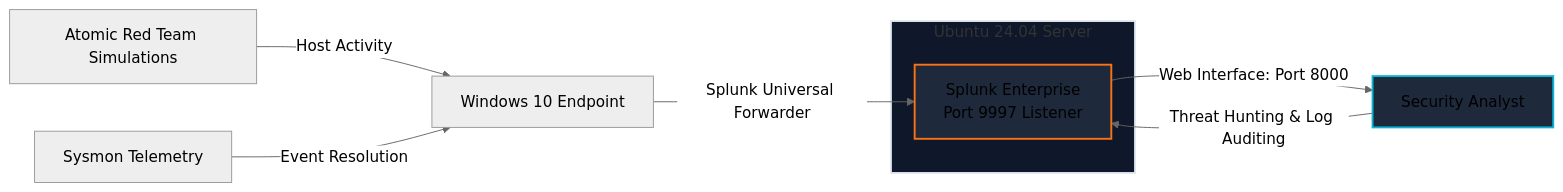
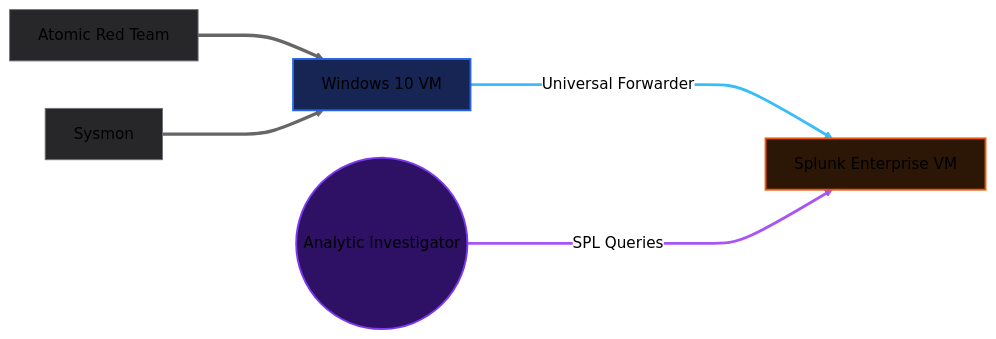
One commit to a-ishak-sec/SOC-In-A-Box-Lab changed the diagram in README.md. Above: the diagram before and after it, drawn with Mermaid (neutral theme).

````diff
--- a/README.md
+++ b/README.md
@@ -6,21 +6,19 @@
 ```mermaid
 graph LR
-    %% Left Side - Endpoint Data Input
-    A[Atomic Red Team Simulations] -->|Host Activity| B[Windows 10 Endpoint]
-    C[Sysmon Telemetry] -->|Event Resolution| B
-    B -->|Splunk Universal Forwarder| CentralSIEM
+    %% Nodes
+    A[Atomic Red Team] ===> B[Windows 10 VM]
+    C[Sysmon] ===> B
+    B ---->|Universal Forwarder| D[Splunk Enterprise VM]
+    E((Analytic Investigator)) ====>|SPL Queries| D
 
-    %% Center Hub - The SIEM Server
-    subgraph Server [Ubuntu 24.04 Server]
-        CentralSIEM[Splunk Enterprise<br>Port 9997 Listener]
-    end
+    %% Connections
+    linkStyle 2 stroke:#38bdf8,stroke-width:3px;
+    linkStyle 3 stroke:#a855f7,stroke-width:3px;
 
-    %% Right Side - User Output
-    CentralSIEM -->|Web Interface: Port 8000| Analyst[Security Analyst]
-    Analyst -->|Threat Hunting & Log Auditing| CentralSIEM
-
-    %% Visual Styling
-    style Server fill:#0f172a,stroke:#e2e8f0,stroke-width:2px
-    style CentralSIEM fill:#1e293b,stroke:#f97316,stroke-width:2px
-    style Analyst fill:#1e293b,stroke:#06b6d4,stroke-width:2px
+    %% Formatting
+    style A fill:#27272a,stroke:#71717a
+    style B fill:#172554,stroke:#2563eb,stroke-width:2px
+    style C fill:#27272a,stroke:#71717a
+    style D fill:#2c1605,stroke:#ea580c,stroke-width:2px
+    style E fill:#2e1065,stroke:#7c3aed,stroke-width:2px
 ```
````
